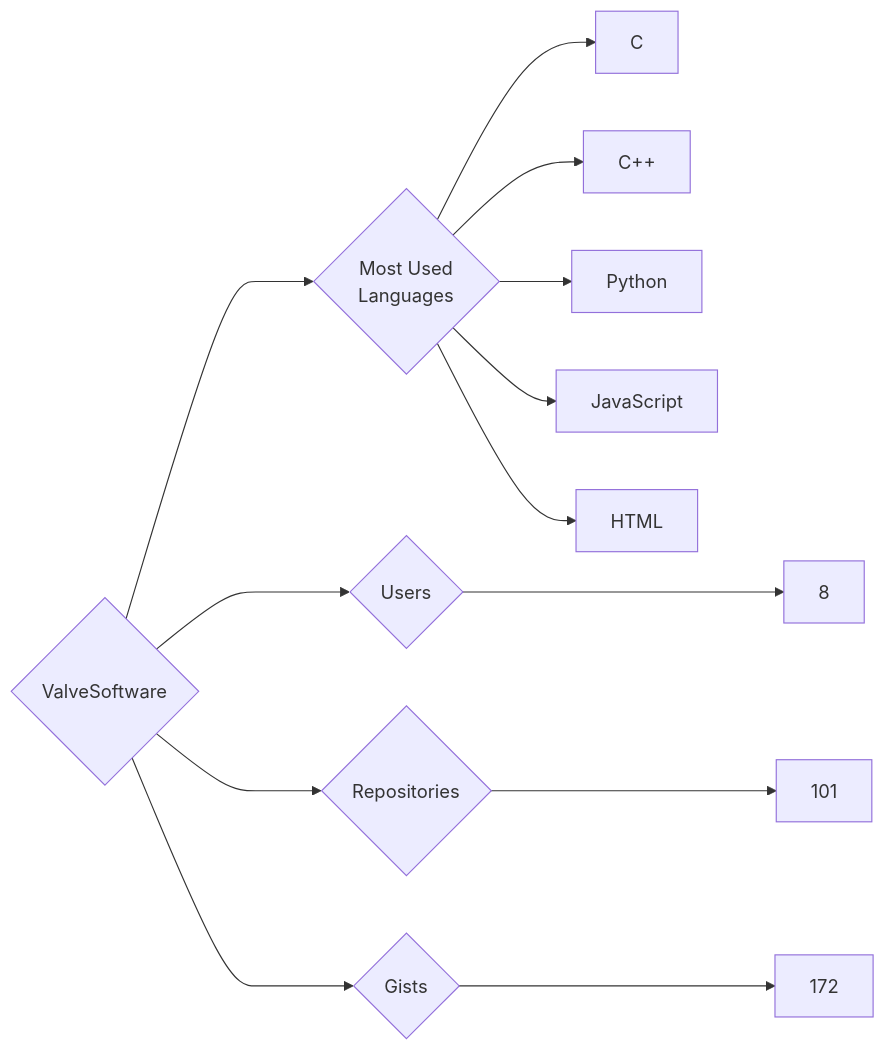
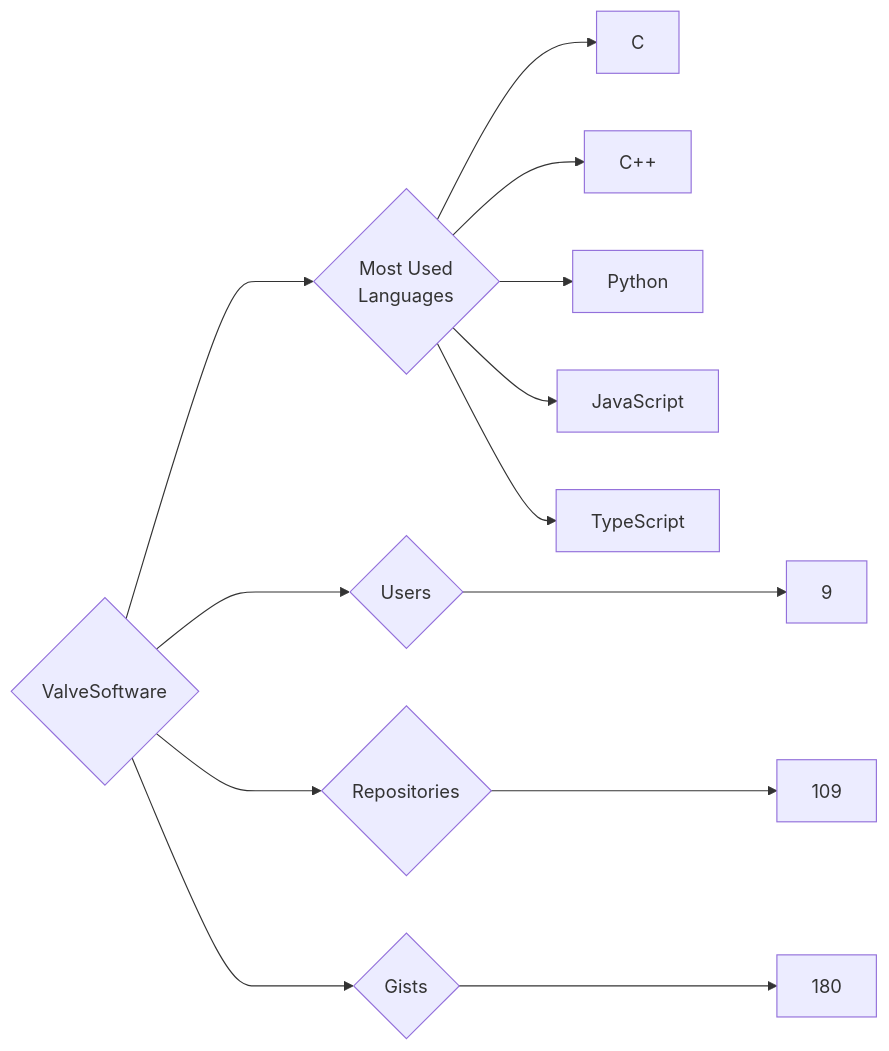
Before and after one commit to trickest/insiders: the diagram in targets/ValveSoftware/README.md, drawn with Mermaid. The commit also changed 1696 other files, not shown here.

````diff
--- a/targets/ValveSoftware/README.md
+++ b/targets/ValveSoftware/README.md
@@ -3,13 +3,13 @@
 ```mermaid
 graph LR
 COMPANY_NAME{ValveSoftware}
-COMPANY_NAME ---> U{Users} ---> UN[8]
-COMPANY_NAME ---> R{Repositories} ---> RN[101]
-COMPANY_NAME ---> G{Gists} ---> GN[172]
+COMPANY_NAME ---> U{Users} ---> UN[9]
+COMPANY_NAME ---> R{Repositories} ---> RN[109]
+COMPANY_NAME ---> G{Gists} ---> GN[180]
 COMPANY_NAME ---> ML{Most Used<br>Languages}
 ML --> C[C]
 ML --> C++[C++]
 ML --> Python[Python]
 ML --> JavaScript[JavaScript]
-ML --> HTML[HTML]
+ML --> TypeScript[TypeScript]
 ```
````
